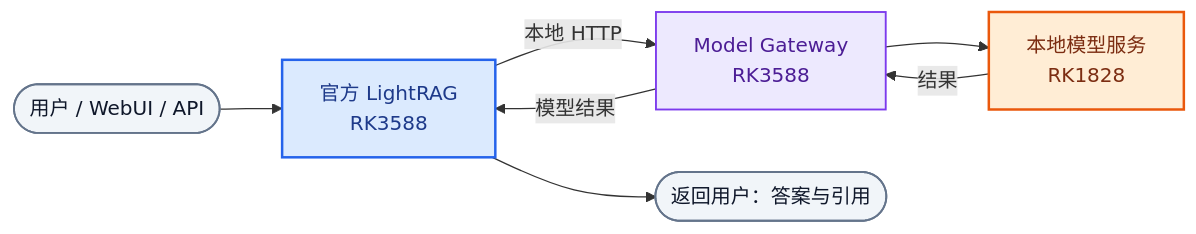
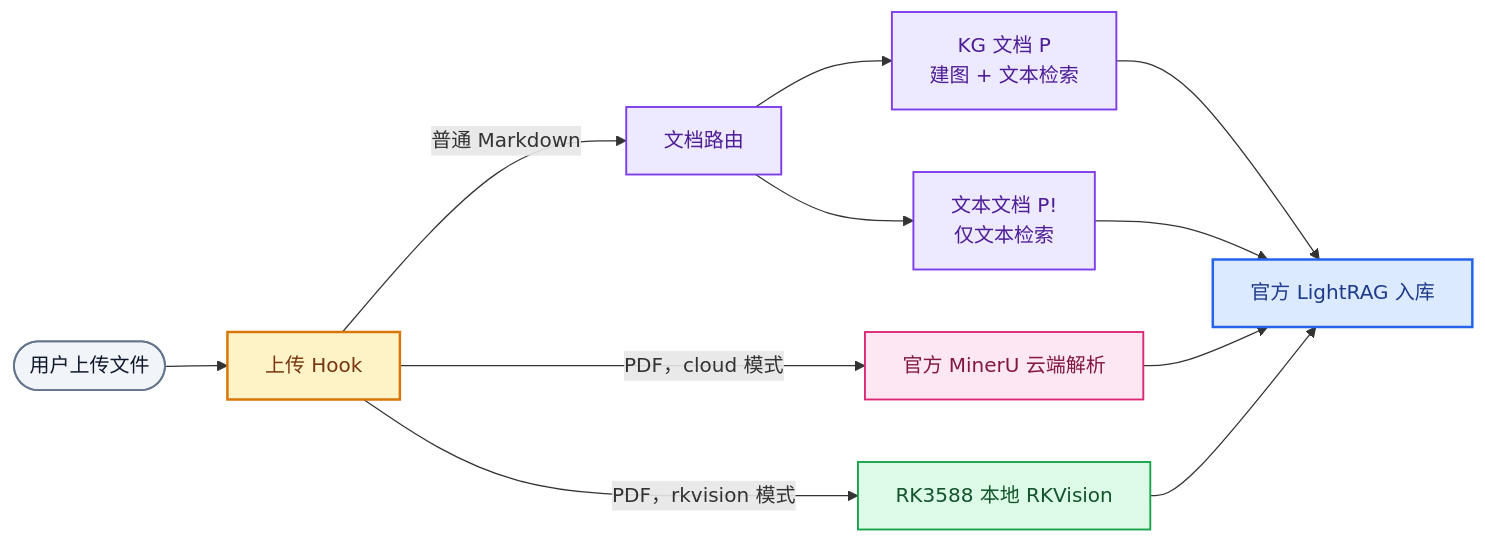
The second of 2 diagrams in README.md (Eliasyuan-bit/rklight-rag), drawn with Mermaid before and after one commit. The commit also changed other lines of this file, not shown here.

Commit message:
docs: rebuild README information architecture

````diff
--- a/README.md
+++ b/README.md
@@ -52,20 +35,30 @@
 ```mermaid
 flowchart LR
-    User([用户 / WebUI / API]) --> LR[官方 LightRAG<br/>RK3588]
-    LR -->|本地 HTTP| GW[Model Gateway<br/>RK3588]
+    Upload([用户上传文件]) --> Hook[上传 Hook]
 
-    GW --> Models[本地模型服务<br/>RK1828]
-    Models -->|结果| GW
-    GW -->|模型结果| LR
-    LR --> Answer([返回用户：答案与引用])
+    Hook -->|普通 Markdown| Router[文档路由]
+    Router --> KG[KG 文档 P<br/>建图 + 文本检索]
+    Router --> Text[文本文档 P!<br/>仅文本检索]
+
+    Hook -->|PDF，cloud 模式| MinerU[官方 MinerU 云端解析]
+    Hook -->|PDF，rkvision 模式| Vision[RK3588 本地 RKVision]
+
+    KG --> Insert[官方 LightRAG 入库]
+    Text --> Insert
+    MinerU --> Insert
+    Vision --> Insert
 
     classDef input fill:#F1F5F9,stroke:#64748B,color:#0F172A,stroke-width:1.5px
+    classDef hook fill:#FEF3C7,stroke:#D97706,color:#78350F,stroke-width:2px
+    classDef route fill:#EDE9FE,stroke:#7C3AED,color:#4C1D95,stroke-width:1.5px
+    classDef local fill:#DCFCE7,stroke:#16A34A,color:#14532D,stroke-width:1.5px
+    classDef cloud fill:#FCE7F3,stroke:#DB2777,color:#831843,stroke-width:1.5px
     classDef lightrag fill:#DBEAFE,stroke:#2563EB,color:#1E3A8A,stroke-width:2px
-    classDef gateway fill:#EDE9FE,stroke:#7C3AED,color:#4C1D95,stroke-width:1.5px
-    classDef npu fill:#FFEDD5,stroke:#EA580C,color:#7C2D12,stroke-width:2px
 
-    class User,Answer input
-    class LR lightrag
-    class GW gateway
-    class Models npu
+    class Upload input
+    class Hook hook
+    class Router,KG,Text route
+    class Vision local
+    class MinerU cloud
+    class Insert lightrag
 ```
````
